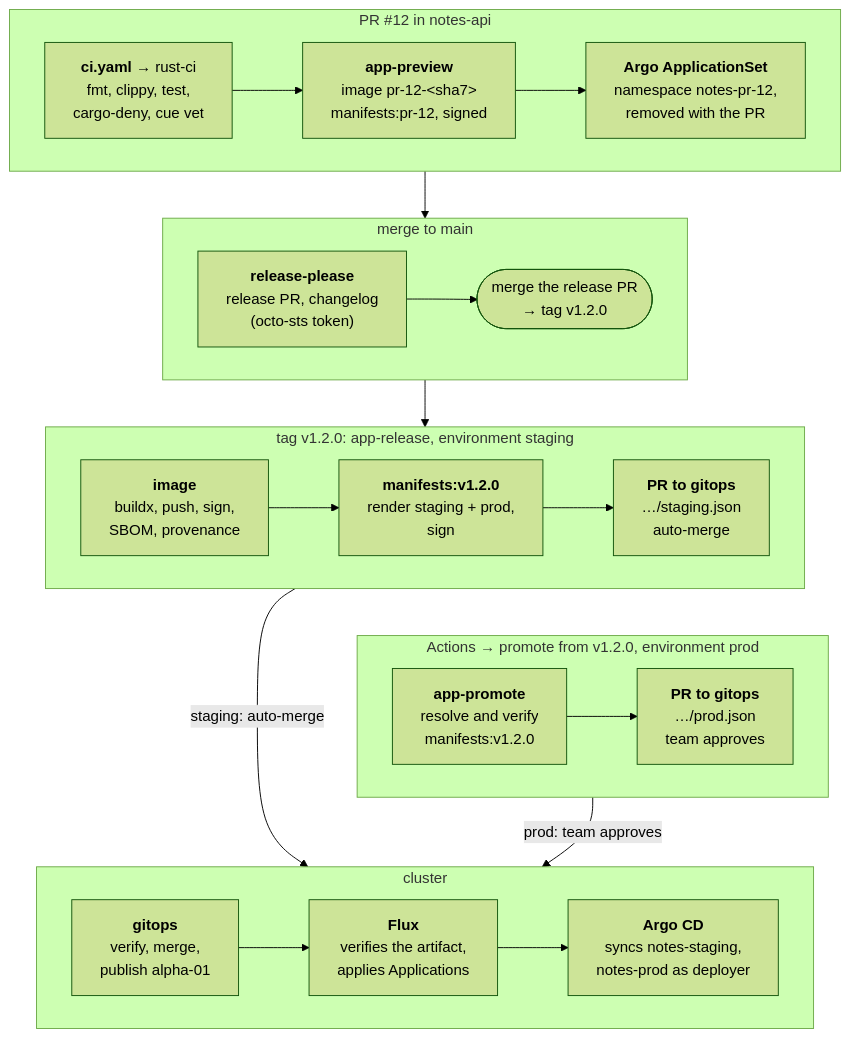
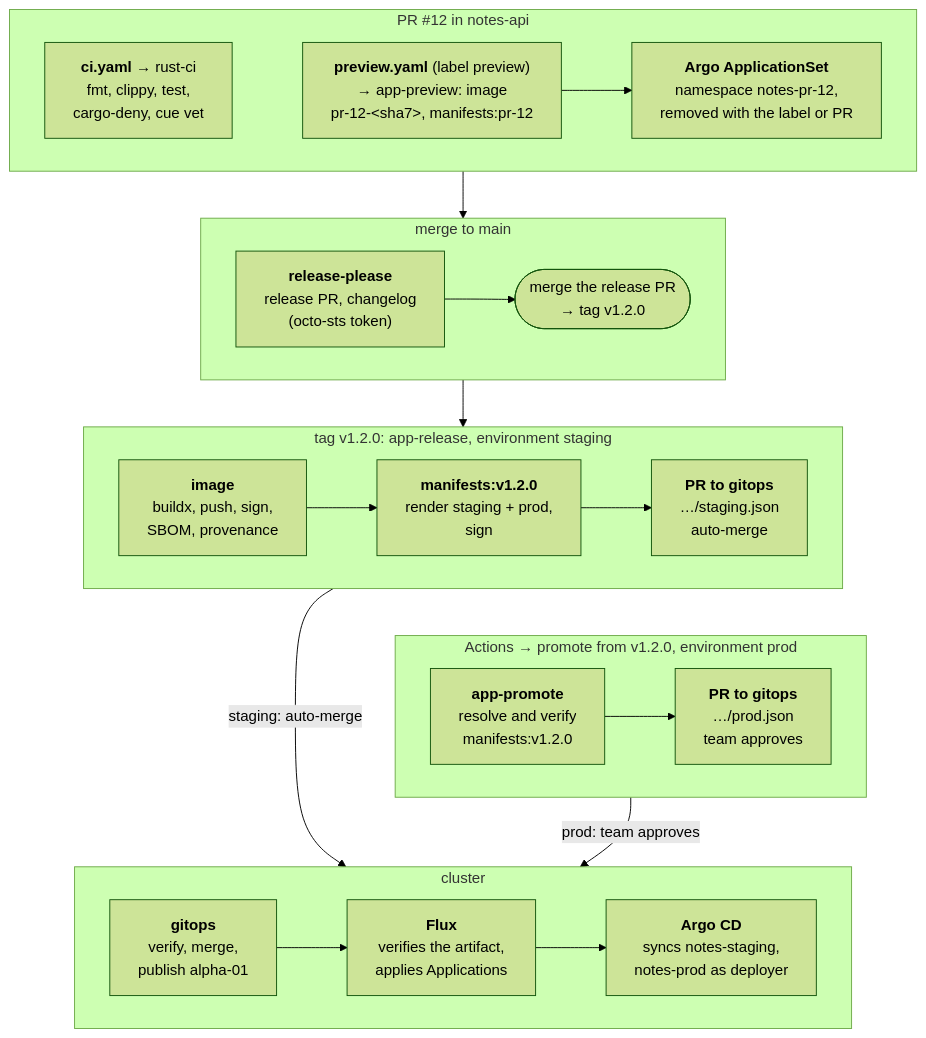
The first of 4 diagrams in delivery.md (homelab-selfuryon/meta), drawn with Mermaid (forest theme) before and after one commit. The commit also changed other lines of this file, not shown here.

Commit message:
docs: preview environments are opt-in with the PR label preview (#17)

````diff
--- a/delivery.md
+++ b/delivery.md
@@ -207,50 +208,50 @@
 ```mermaid
 ---
 config:
   flowchart:
     wrappingWidth: 260
 ---
 flowchart TB
     subgraph pr["PR #12 in notes-api"]
         direction LR
         ci["<b>ci.yaml</b> → rust-ci<br/>fmt, clippy, test,<br/>cargo-deny, cue vet"]
-        preview["<b>app-preview</b><br/>image pr-12-&lt;sha7&gt;<br/>manifests:pr-12, signed"]
-        appset["<b>Argo ApplicationSet</b><br/>namespace notes-pr-12,<br/>removed with the PR"]
-        ci --> preview --> appset
+        preview["<b>preview.yaml</b> (label preview)<br/>→ app-preview: image<br/>pr-12-&lt;sha7&gt;, manifests:pr-12"]
+        appset["<b>Argo ApplicationSet</b><br/>namespace notes-pr-12,<br/>removed with the label or PR"]
+        ci ~~~ preview --> appset
     end
 
     subgraph main["merge to main"]
         direction LR
         rp["<b>release-please</b><br/>release PR, changelog<br/>(octo-sts token)"]
         tag(["merge the release PR<br/>→ tag v1.2.0"])
         rp --> tag
     end
 
     subgraph release["tag v1.2.0: app-release, environment staging"]
         direction LR
         image["<b>image</b><br/>buildx, push, sign,<br/>SBOM, provenance"]
         manifests["<b>manifests:v1.2.0</b><br/>render staging + prod,<br/>sign"]
         stg["<b>PR to gitops</b><br/>…/staging.json<br/>auto-merge"]
         image --> manifests --> stg
     end
 
     subgraph prod["Actions → promote from v1.2.0, environment prod"]
         direction LR
         resolve["<b>app-promote</b><br/>resolve and verify<br/>manifests:v1.2.0"]
         prodpr["<b>PR to gitops</b><br/>…/prod.json<br/>team approves"]
         resolve --> prodpr
     end
 
     subgraph deliver["cluster"]
         direction LR
         gitops["<b>gitops</b><br/>verify, merge,<br/>publish alpha-01"]
         flux["<b>Flux</b><br/>verifies the artifact,<br/>applies Applications"]
         argo["<b>Argo CD</b><br/>syncs notes-staging,<br/>notes-prod as deployer"]
         gitops --> flux --> argo
     end
 
     pr --> main --> release
     release -->|"staging: auto-merge"| deliver
     release ~~~ prod
     prod -->|"prod: team approves"| deliver
 ```
````
